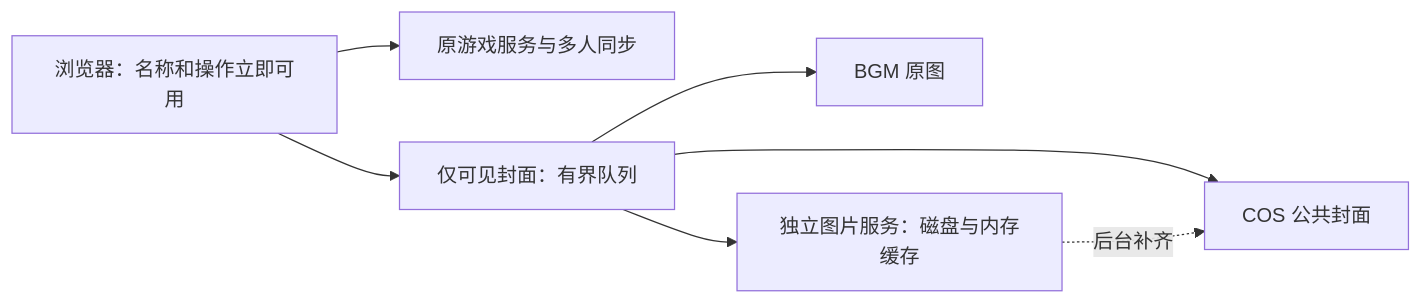
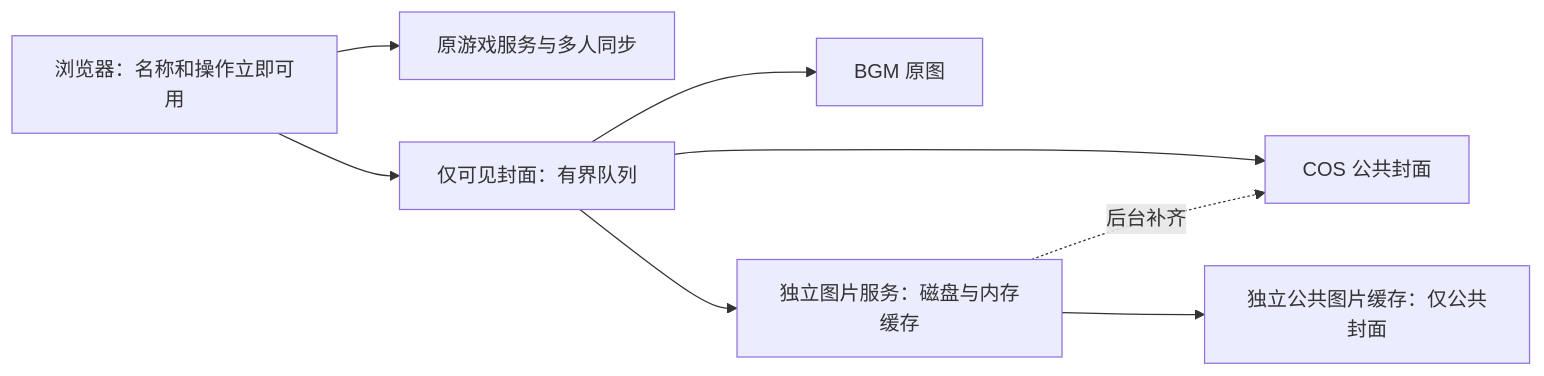
The diagram in docs/cover-delivery/README.md (Zao-c/codenames-acg), drawn with Mermaid before and after one commit. The commit also changed other lines of this file and 9 other files, not shown here.

````diff
--- a/docs/cover-delivery/README.md
+++ b/docs/cover-delivery/README.md
@@ -9,9 +9,10 @@
 ```mermaid
 flowchart LR
   UI[浏览器：名称和操作立即可用] --> WS[原游戏服务与多人同步]
   UI --> Q[仅可见封面：有界队列]
   Q --> COS[COS 公共封面]
   Q --> BGM[BGM 原图]
   Q --> LOCAL[独立图片服务：磁盘与内存缓存]
+  LOCAL --> MIRROR[独立公共图片缓存：仅公共封面]
   LOCAL -.后台补齐.-> COS
 ```
````
